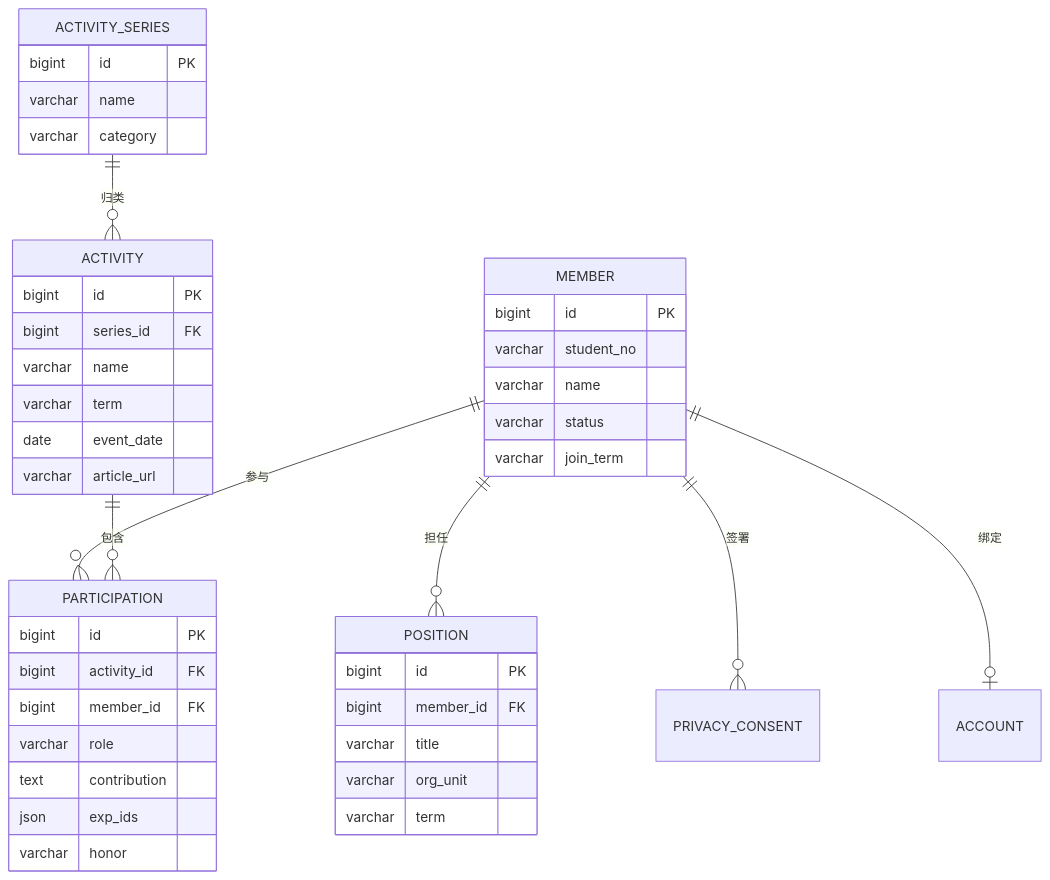
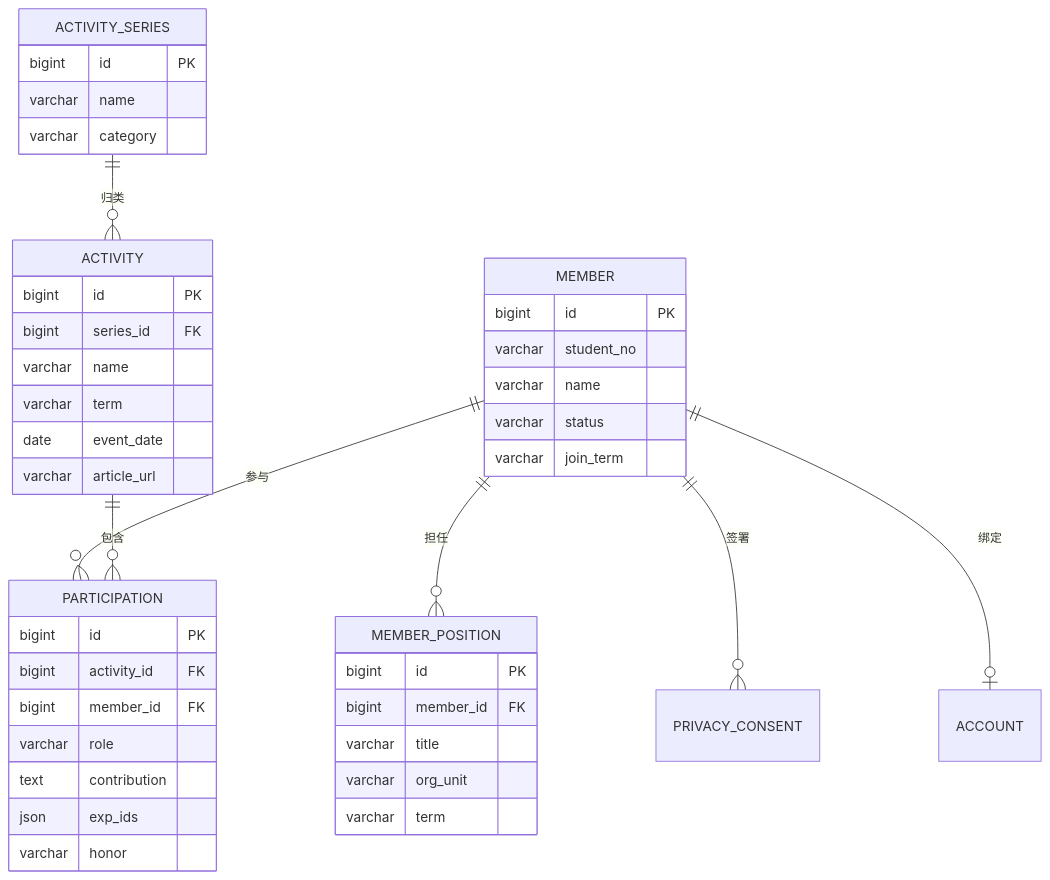
One commit to KJ-scitech/Department_Databese-Experience_Sharing_Structure changed the diagram in docs/需求文档.md. Above: the diagram before and after it, drawn with Mermaid. The commit also changed 2 other files, not shown here.

Commit message:
修复 position 关键字问题：职务表改名 member_position，所有标识符统一加反引号

````diff
--- a/docs/需求文档.md
+++ b/docs/需求文档.md
@@ -111,46 +111,46 @@
 ```mermaid
 erDiagram
-    MEMBER ||--o{ POSITION : "担任"
+    MEMBER ||--o{ MEMBER_POSITION : "担任"
     MEMBER ||--o{ PARTICIPATION : "参与"
     ACTIVITY ||--o{ PARTICIPATION : "包含"
     ACTIVITY_SERIES ||--o{ ACTIVITY : "归类"
     MEMBER ||--o{ PRIVACY_CONSENT : "签署"
     MEMBER ||--o| ACCOUNT : "绑定"
 
     MEMBER {
         bigint id PK
         varchar student_no
         varchar name
         varchar status
         varchar join_term
     }
     ACTIVITY_SERIES {
         bigint id PK
         varchar name
         varchar category
     }
     ACTIVITY {
         bigint id PK
         bigint series_id FK
         varchar name
         varchar term
         date event_date
         varchar article_url
     }
     PARTICIPATION {
         bigint id PK
         bigint activity_id FK
         bigint member_id FK
         varchar role
         text contribution
         json exp_ids
         varchar honor
     }
-    POSITION {
+    MEMBER_POSITION {
         bigint id PK
         bigint member_id FK
         varchar title
         varchar org_unit
         varchar term
     }
 ```
````
